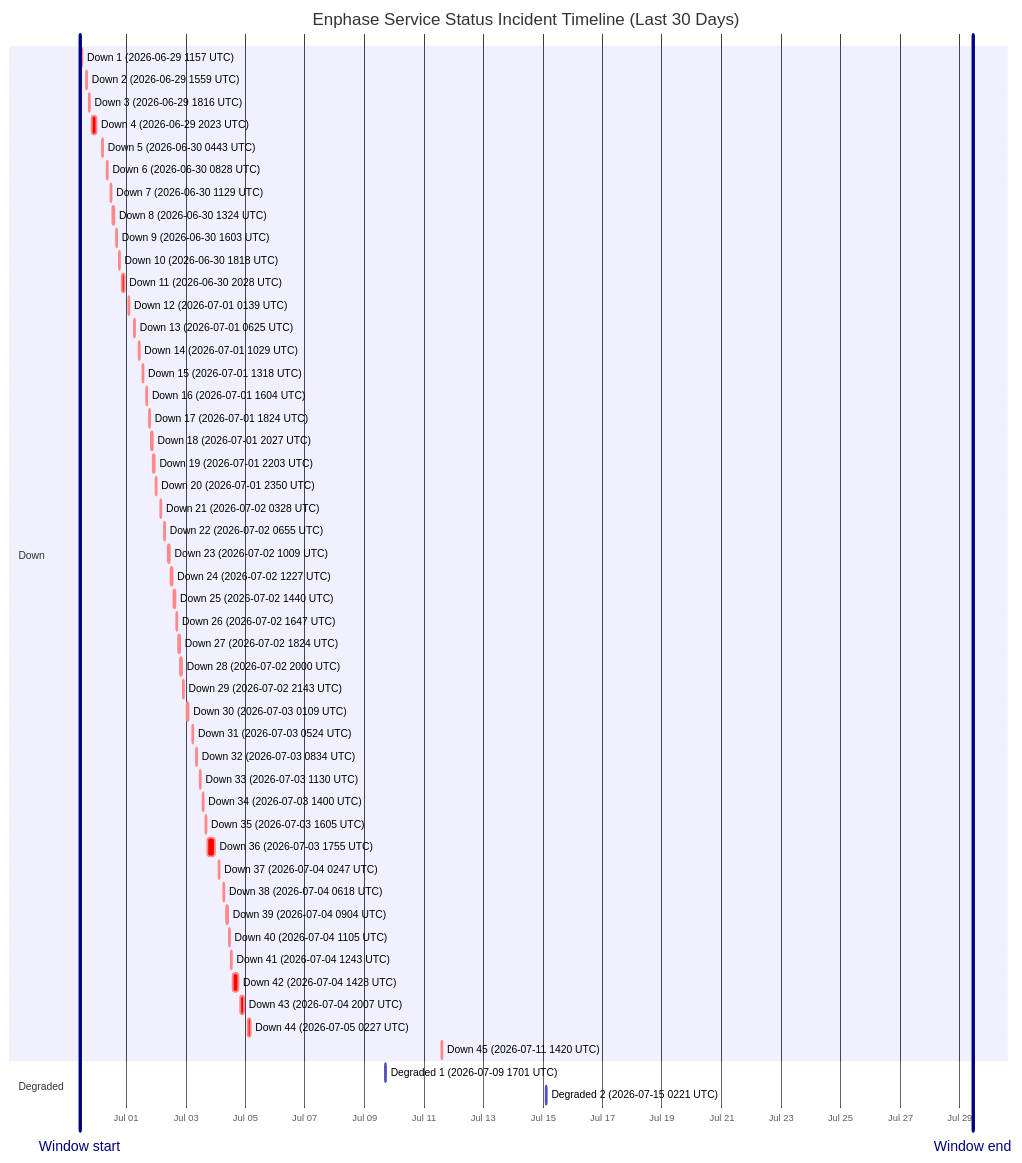
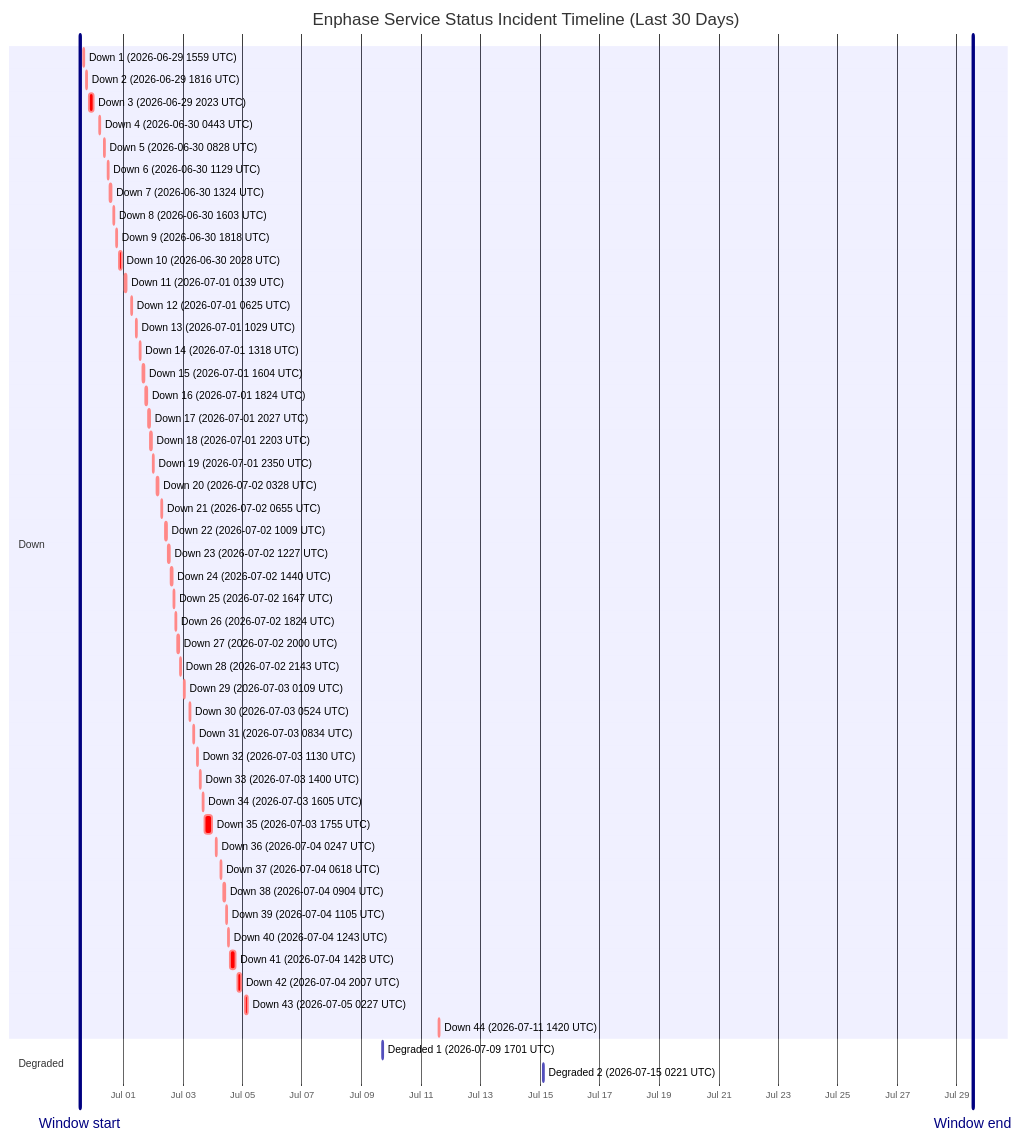
Before and after one commit to barneyonline/ha-enphase-energy: the diagram in wiki/Service-Status-History.md, drawn with Mermaid. The commit also changed other lines of this file and 3 other files, not shown here.

````diff
--- a/wiki/Service-Status-History.md
+++ b/wiki/Service-Status-History.md
@@ -14,57 +14,56 @@
 ```mermaid
 gantt
     title Enphase Service Status Incident Timeline (Last 30 Days)
     dateFormat  YYYY-MM-DDTHH:mm:ss
     axisFormat  %b %d
-    Window start :vert, window-start, 2026-06-29T10:36:43, 0ms
-    Window end :vert, window-end, 2026-07-29T10:36:43, 0ms
+    Window start :vert, window-start, 2026-06-29T12:58:43, 0ms
+    Window end :vert, window-end, 2026-07-29T12:58:43, 0ms
     section Down
-    Down 1 (2026-06-29 1157 UTC) :crit, down-1, 2026-06-29T11:57:36, 60m
-    Down 2 (2026-06-29 1559 UTC) :crit, down-2, 2026-06-29T15:59:02, 60m
-    Down 3 (2026-06-29 1816 UTC) :crit, down-3, 2026-06-29T18:16:38, 60m
-    Down 4 (2026-06-29 2023 UTC) :crit, down-4, 2026-06-29T20:23:16, 220m
-    Down 5 (2026-06-30 0443 UTC) :crit, down-5, 2026-06-30T04:43:54, 60m
-    Down 6 (2026-06-30 0828 UTC) :crit, down-6, 2026-06-30T08:28:43, 60m
-    Down 7 (2026-06-30 1129 UTC) :crit, down-7, 2026-06-30T11:29:15, 60m
-    Down 8 (2026-06-30 1324 UTC) :crit, down-8, 2026-06-30T13:24:25, 60m
-    Down 9 (2026-06-30 1603 UTC) :crit, down-9, 2026-06-30T16:03:26, 60m
-    Down 10 (2026-06-30 1818 UTC) :crit, down-10, 2026-06-30T18:18:39, 60m
-    Down 11 (2026-06-30 2028 UTC) :crit, down-11, 2026-06-30T20:28:54, 171m
-    Down 12 (2026-07-01 0139 UTC) :crit, down-12, 2026-07-01T01:39:18, 60m
-    Down 13 (2026-07-01 0625 UTC) :crit, down-13, 2026-07-01T06:25:35, 60m
-    Down 14 (2026-07-01 1029 UTC) :crit, down-14, 2026-07-01T10:29:24, 60m
-    Down 15 (2026-07-01 1318 UTC) :crit, down-15, 2026-07-01T13:18:31, 60m
-    Down 16 (2026-07-01 1604 UTC) :crit, down-16, 2026-07-01T16:04:29, 60m
-    Down 17 (2026-07-01 1824 UTC) :crit, down-17, 2026-07-01T18:24:21, 60m
-    Down 18 (2026-07-01 2027 UTC) :crit, down-18, 2026-07-01T20:27:17, 60m
-    Down 19 (2026-07-01 2203 UTC) :crit, down-19, 2026-07-01T22:03:46, 60m
-    Down 20 (2026-07-01 2350 UTC) :crit, down-20, 2026-07-01T23:50:52, 60m
-    Down 21 (2026-07-02 0328 UTC) :crit, down-21, 2026-07-02T03:28:33, 60m
-    Down 22 (2026-07-02 0655 UTC) :crit, down-22, 2026-07-02T06:55:07, 60m
-    Down 23 (2026-07-02 1009 UTC) :crit, down-23, 2026-07-02T10:09:15, 60m
-    Down 24 (2026-07-02 1227 UTC) :crit, down-24, 2026-07-02T12:27:49, 60m
-    Down 25 (2026-07-02 1440 UTC) :crit, down-25, 2026-07-02T14:40:53, 60m
-    Down 26 (2026-07-02 1647 UTC) :crit, down-26, 2026-07-02T16:47:47, 60m
-    Down 27 (2026-07-02 1824 UTC) :crit, down-27, 2026-07-02T18:24:26, 60m
-    Down 28 (2026-07-02 2000 UTC) :crit, down-28, 2026-07-02T20:00:57, 60m
-    Down 29 (2026-07-02 2143 UTC) :crit, down-29, 2026-07-02T21:43:52, 80m
-    Down 30 (2026-07-03 0109 UTC) :crit, down-30, 2026-07-03T01:09:19, 60m
-    Down 31 (2026-07-03 0524 UTC) :crit, down-31, 2026-07-03T05:24:23, 60m
-    Down 32 (2026-07-03 0834 UTC) :crit, down-32, 2026-07-03T08:34:05, 60m
-    Down 33 (2026-07-03 1130 UTC) :crit, down-33, 2026-07-03T11:30:41, 60m
-    Down 34 (2026-07-03 1400 UTC) :crit, down-34, 2026-07-03T14:00:48, 60m
-    Down 35 (2026-07-03 1605 UTC) :crit, down-35, 2026-07-03T16:05:49, 60m
-    Down 36 (2026-07-03 1755 UTC) :crit, down-36, 2026-07-03T17:55:54, 338m
-    Down 37 (2026-07-04 0247 UTC) :crit, down-37, 2026-07-04T02:47:22, 60m
-    Down 38 (2026-07-04 0618 UTC) :crit, down-38, 2026-07-04T06:18:09, 60m
-    Down 39 (2026-07-04 0904 UTC) :crit, down-39, 2026-07-04T09:04:41, 60m
-    Down 40 (2026-07-04 1105 UTC) :crit, down-40, 2026-07-04T11:05:21, 60m
-    Down 41 (2026-07-04 1243 UTC) :crit, down-41, 2026-07-04T12:43:25, 60m
-    Down 42 (2026-07-04 1428 UTC) :crit, down-42, 2026-07-04T14:28:07, 243m
-    Down 43 (2026-07-04 2007 UTC) :crit, down-43, 2026-07-04T20:07:50, 206m
-    Down 44 (2026-07-05 0227 UTC) :crit, down-44, 2026-07-05T02:27:32, 109m
-    Down 45 (2026-07-11 1420 UTC) :crit, down-45, 2026-07-11T14:20:54, 69m
+    Down 1 (2026-06-29 1559 UTC) :crit, down-1, 2026-06-29T15:59:02, 60m
+    Down 2 (2026-06-29 1816 UTC) :crit, down-2, 2026-06-29T18:16:38, 60m
+    Down 3 (2026-06-29 2023 UTC) :crit, down-3, 2026-06-29T20:23:16, 220m
+    Down 4 (2026-06-30 0443 UTC) :crit, down-4, 2026-06-30T04:43:54, 60m
+    Down 5 (2026-06-30 0828 UTC) :crit, down-5, 2026-06-30T08:28:43, 60m
+    Down 6 (2026-06-30 1129 UTC) :crit, down-6, 2026-06-30T11:29:15, 60m
+    Down 7 (2026-06-30 1324 UTC) :crit, down-7, 2026-06-30T13:24:25, 60m
+    Down 8 (2026-06-30 1603 UTC) :crit, down-8, 2026-06-30T16:03:26, 60m
+    Down 9 (2026-06-30 1818 UTC) :crit, down-9, 2026-06-30T18:18:39, 60m
+    Down 10 (2026-06-30 2028 UTC) :crit, down-10, 2026-06-30T20:28:54, 171m
+    Down 11 (2026-07-01 0139 UTC) :crit, down-11, 2026-07-01T01:39:18, 60m
+    Down 12 (2026-07-01 0625 UTC) :crit, down-12, 2026-07-01T06:25:35, 60m
+    Down 13 (2026-07-01 1029 UTC) :crit, down-13, 2026-07-01T10:29:24, 60m
+    Down 14 (2026-07-01 1318 UTC) :crit, down-14, 2026-07-01T13:18:31, 60m
+    Down 15 (2026-07-01 1604 UTC) :crit, down-15, 2026-07-01T16:04:29, 60m
+    Down 16 (2026-07-01 1824 UTC) :crit, down-16, 2026-07-01T18:24:21, 60m
+    Down 17 (2026-07-01 2027 UTC) :crit, down-17, 2026-07-01T20:27:17, 60m
+    Down 18 (2026-07-01 2203 UTC) :crit, down-18, 2026-07-01T22:03:46, 60m
+    Down 19 (2026-07-01 2350 UTC) :crit, down-19, 2026-07-01T23:50:52, 60m
+    Down 20 (2026-07-02 0328 UTC) :crit, down-20, 2026-07-02T03:28:33, 60m
+    Down 21 (2026-07-02 0655 UTC) :crit, down-21, 2026-07-02T06:55:07, 60m
+    Down 22 (2026-07-02 1009 UTC) :crit, down-22, 2026-07-02T10:09:15, 60m
+    Down 23 (2026-07-02 1227 UTC) :crit, down-23, 2026-07-02T12:27:49, 60m
+    Down 24 (2026-07-02 1440 UTC) :crit, down-24, 2026-07-02T14:40:53, 60m
+    Down 25 (2026-07-02 1647 UTC) :crit, down-25, 2026-07-02T16:47:47, 60m
+    Down 26 (2026-07-02 1824 UTC) :crit, down-26, 2026-07-02T18:24:26, 60m
+    Down 27 (2026-07-02 2000 UTC) :crit, down-27, 2026-07-02T20:00:57, 60m
+    Down 28 (2026-07-02 2143 UTC) :crit, down-28, 2026-07-02T21:43:52, 80m
+    Down 29 (2026-07-03 0109 UTC) :crit, down-29, 2026-07-03T01:09:19, 60m
+    Down 30 (2026-07-03 0524 UTC) :crit, down-30, 2026-07-03T05:24:23, 60m
+    Down 31 (2026-07-03 0834 UTC) :crit, down-31, 2026-07-03T08:34:05, 60m
+    Down 32 (2026-07-03 1130 UTC) :crit, down-32, 2026-07-03T11:30:41, 60m
+    Down 33 (2026-07-03 1400 UTC) :crit, down-33, 2026-07-03T14:00:48, 60m
+    Down 34 (2026-07-03 1605 UTC) :crit, down-34, 2026-07-03T16:05:49, 60m
+    Down 35 (2026-07-03 1755 UTC) :crit, down-35, 2026-07-03T17:55:54, 338m
+    Down 36 (2026-07-04 0247 UTC) :crit, down-36, 2026-07-04T02:47:22, 60m
+    Down 37 (2026-07-04 0618 UTC) :crit, down-37, 2026-07-04T06:18:09, 60m
+    Down 38 (2026-07-04 0904 UTC) :crit, down-38, 2026-07-04T09:04:41, 60m
+    Down 39 (2026-07-04 1105 UTC) :crit, down-39, 2026-07-04T11:05:21, 60m
+    Down 40 (2026-07-04 1243 UTC) :crit, down-40, 2026-07-04T12:43:25, 60m
+    Down 41 (2026-07-04 1428 UTC) :crit, down-41, 2026-07-04T14:28:07, 243m
+    Down 42 (2026-07-04 2007 UTC) :crit, down-42, 2026-07-04T20:07:50, 206m
+    Down 43 (2026-07-05 0227 UTC) :crit, down-43, 2026-07-05T02:27:32, 109m
+    Down 44 (2026-07-11 1420 UTC) :crit, down-44, 2026-07-11T14:20:54, 69m
     section Degraded
     Degraded 1 (2026-07-09 1701 UTC) :active, degraded-1, 2026-07-09T17:01:02, 60m
     Degraded 2 (2026-07-15 0221 UTC) :active, degraded-2, 2026-07-15T02:21:35, 60m
 ```
````
